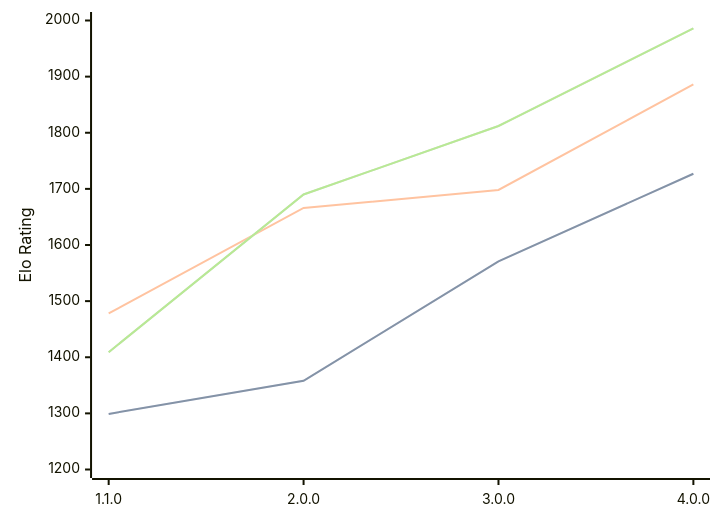
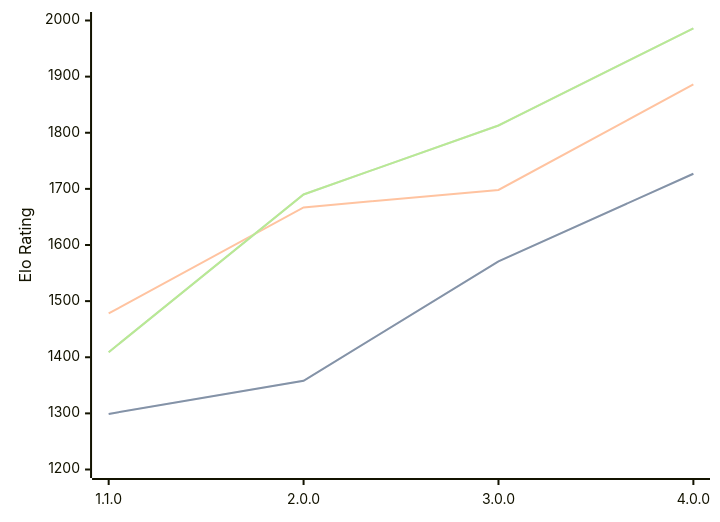
Before and after one commit to computer-chess-index/cci: the diagram in engines/Laura.md, drawn with Mermaid. The commit also changed other lines of this file, not shown here.

Commit message:
Update CCI Ratings (ELO VLTC) - 2026-09-18

````diff
--- a/engines/Laura.md
+++ b/engines/Laura.md
@@ -34,11 +34,11 @@
 ```mermaid
 %%{init: {"theme":"base","themeVariables":{"seriesColors:['#a3a3a3','#222221','#faa371']}}}%%
 xychart-beta
   x-axis ["1.1.0", "2.0.0", "3.0.0", "4.0.0"]
   y-axis "Elo Rating" 1200 --> 2000
   line "" [1299, 1358, 1571, 1727]
   line "STC (8.0+0.08s)" [1299, 1358, 1571, 1727]
-  line "LTC (60.0+0.60s)" [1478, 1666, 1698, 1886]
-  line "" [1409, 1690, 1812, 1986]
-  line "VLTC (2m24s+1.12s)" [1409, 1690, 1812, 1986]
+  line "LTC (60.0+0.60s)" [1478, 1667, 1698, 1886]
+  line "" [1409, 1690, 1813, 1986]
+  line "VLTC (2m24s+1.12s)" [1409, 1690, 1813, 1986]
 ```
````
